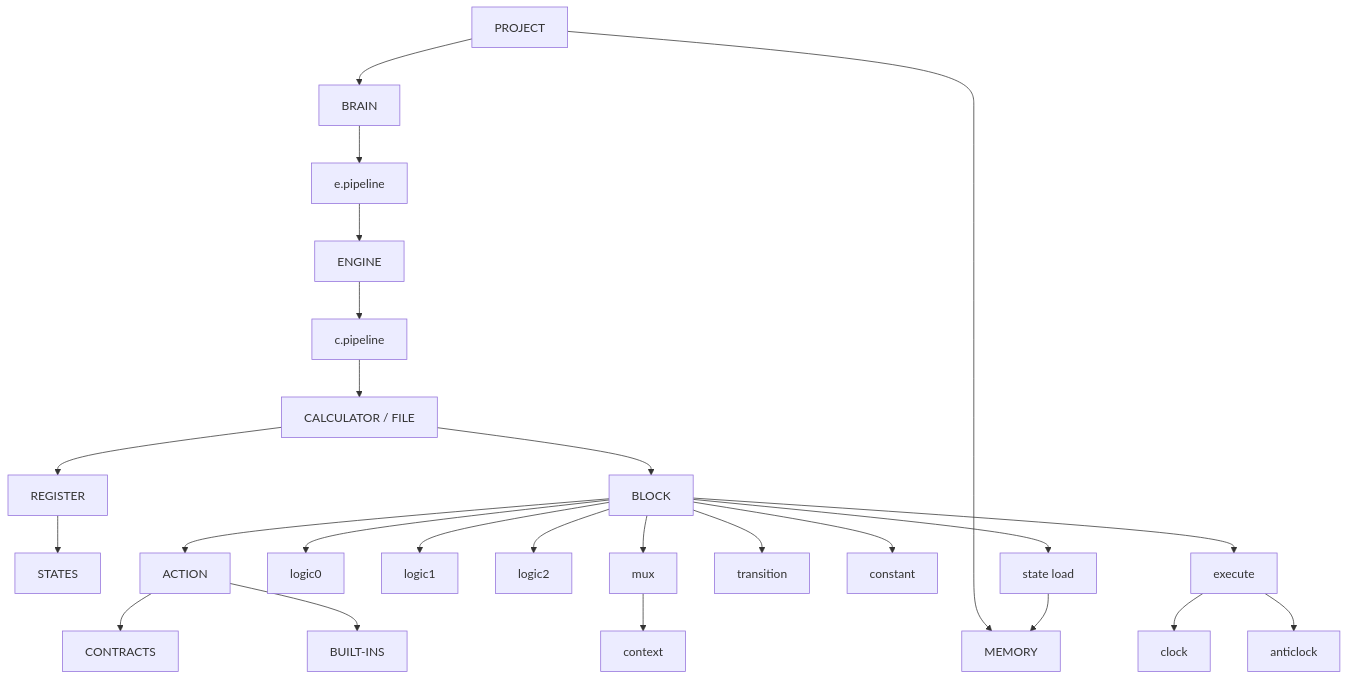
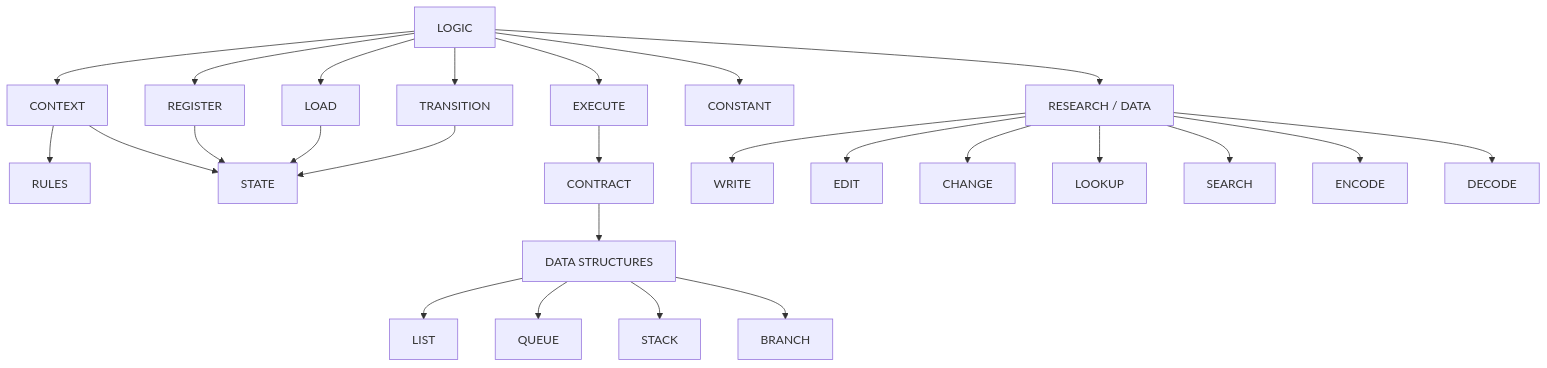
Before and after one commit to Proxy-Phaethon/chaos: the diagram in README.md, drawn with Mermaid. The commit also changed other lines of this file, not shown here.

````diff
--- a/README.md
+++ b/README.md
@@ -72,39 +80,38 @@
 ```mermaid
 flowchart TD
-    P[PROJECT]
+    L[LOGIC]
 
-    P --> B[BRAIN]
-    P --> M[MEMORY]
+    L --> C[CONTEXT]
+    L --> R[REGISTER]
 
-    B --> EP[e.pipeline]
-    EP --> E[ENGINE]
+    C --> RU[RULES]
+    C --> S[STATE]
 
-    E --> CP[c.pipeline]
-    CP --> C[CALCULATOR / FILE]
+    R --> S
 
-    C --> R[REGISTER]
-    R --> S[STATES]
+    L --> LD[LOAD]
+    LD --> S
 
-    C --> BL[BLOCK]
+    L --> EX[EXECUTE]
+    EX --> CO[CONTRACT]
 
-    BL --> A[ACTION]
-    A --> CO[CONTRACTS]
-    A --> BI[BUILT-INS]
+    L --> TR[TRANSITION]
+    TR --> S
 
-    BL --> L0[logic0]
-    BL --> L1[logic1]
-    BL --> L2[logic2]
+    L --> K[CONSTANT]
 
-    BL --> MX[mux]
-    MX --> CT[context]
+    CO --> DS[DATA STRUCTURES]
+    DS --> LI[LIST]
+    DS --> QU[QUEUE]
+    DS --> ST[STACK]
+    DS --> BR[BRANCH]
 
-    BL --> T[transition]
-    BL --> K[constant]
-    BL --> SL[state load]
-    BL --> EX[execute]
-
-    EX --> CL[clock]
-    EX --> AC[anticlock]
-
-    SL --> M
+    L --> IO[RESEARCH / DATA]
+    IO --> WR[WRITE]
+    IO --> ED[EDIT]
+    IO --> CH[CHANGE]
+    IO --> LU[LOOKUP]
+    IO --> SE[SEARCH]
+    IO --> EN[ENCODE]
+    IO --> DE[DECODE]
 ```
````
